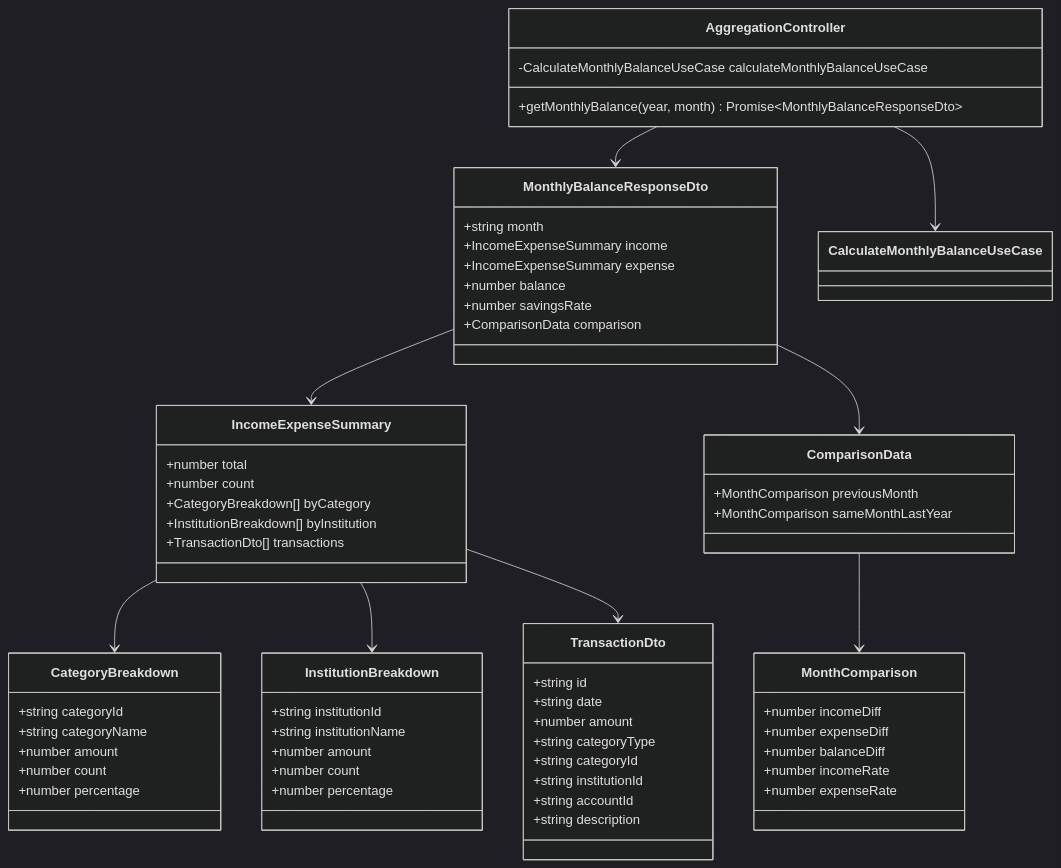
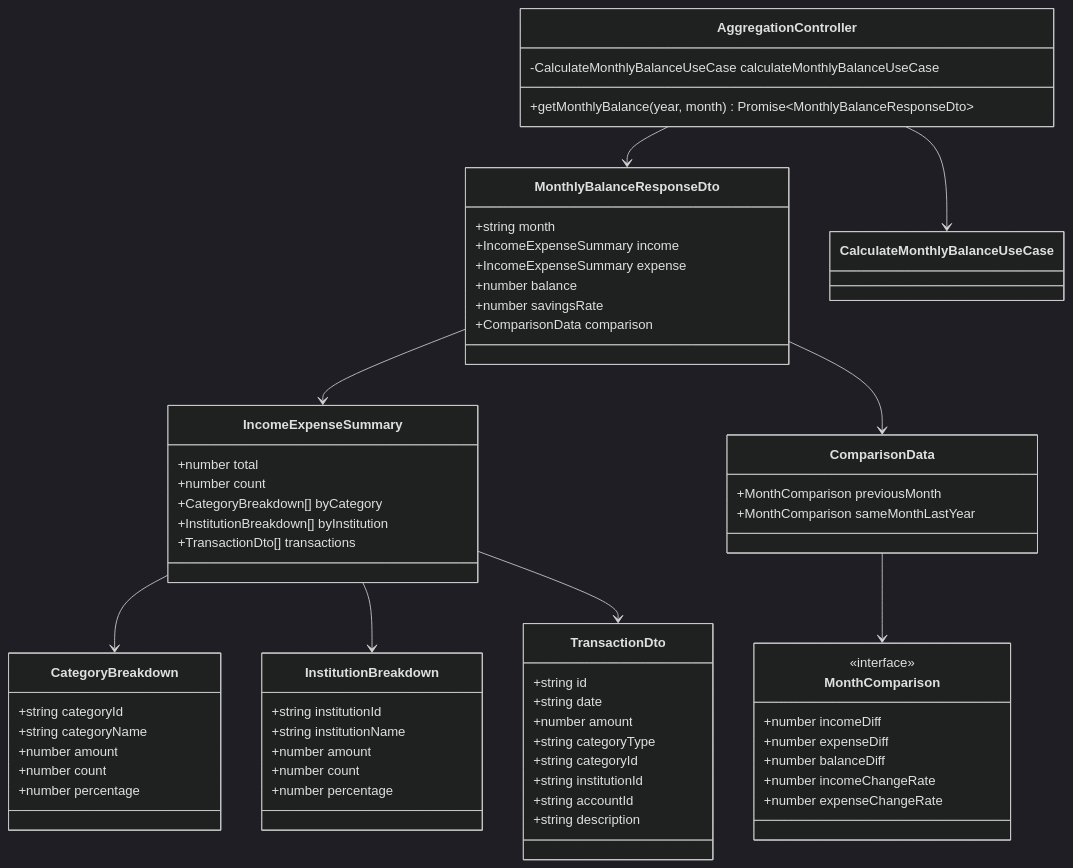
One commit to kencom2400/account-book changed the fourth of 4 diagrams in docs/detailed-design/FR-016_monthly-balance-aggregation/class-diagrams.md. Above: the diagram before and after it, drawn with Mermaid (dark theme).

Commit message:
docs(aggregation): Presentation層のクラス図を完全に修正
- Presentation層のすべてのDTOに<<interface>>ステレオタイプを追加
- MonthComparisonのincomeRate/expenseRateをincomeChangeRate/expenseChangeRateに変更

````diff
--- a/docs/detailed-design/FR-016_monthly-balance-aggregation/class-diagrams.md
+++ b/docs/detailed-design/FR-016_monthly-balance-aggregation/class-diagrams.md
@@ -323,73 +323,74 @@
 ```mermaid
 classDiagram
     class AggregationController {
         -CalculateMonthlyBalanceUseCase calculateMonthlyBalanceUseCase
         +getMonthlyBalance(year, month) Promise~MonthlyBalanceResponseDto~
     }
 
     class MonthlyBalanceResponseDto {
         +string month
         +IncomeExpenseSummary income
         +IncomeExpenseSummary expense
         +number balance
         +number savingsRate
         +ComparisonData comparison
     }
 
     class IncomeExpenseSummary {
         +number total
         +number count
         +CategoryBreakdown[] byCategory
         +InstitutionBreakdown[] byInstitution
         +TransactionDto[] transactions
     }
 
     class TransactionDto {
         +string id
         +string date
         +number amount
         +string categoryType
         +string categoryId
         +string institutionId
         +string accountId
         +string description
     }
 
     class CategoryBreakdown {
         +string categoryId
         +string categoryName
         +number amount
         +number count
         +number percentage
     }
 
     class InstitutionBreakdown {
         +string institutionId
         +string institutionName
         +number amount
         +number count
         +number percentage
     }
 
     class ComparisonData {
         +MonthComparison previousMonth
         +MonthComparison sameMonthLastYear
     }
 
     class MonthComparison {
+        <<interface>>
         +number incomeDiff
         +number expenseDiff
         +number balanceDiff
-        +number incomeRate
-        +number expenseRate
+        +number incomeChangeRate
+        +number expenseChangeRate
     }
 
     AggregationController --> CalculateMonthlyBalanceUseCase
     AggregationController --> MonthlyBalanceResponseDto
     MonthlyBalanceResponseDto --> IncomeExpenseSummary
     MonthlyBalanceResponseDto --> ComparisonData
     IncomeExpenseSummary --> CategoryBreakdown
     IncomeExpenseSummary --> InstitutionBreakdown
     IncomeExpenseSummary --> TransactionDto
     ComparisonData --> MonthComparison
 ```
````
